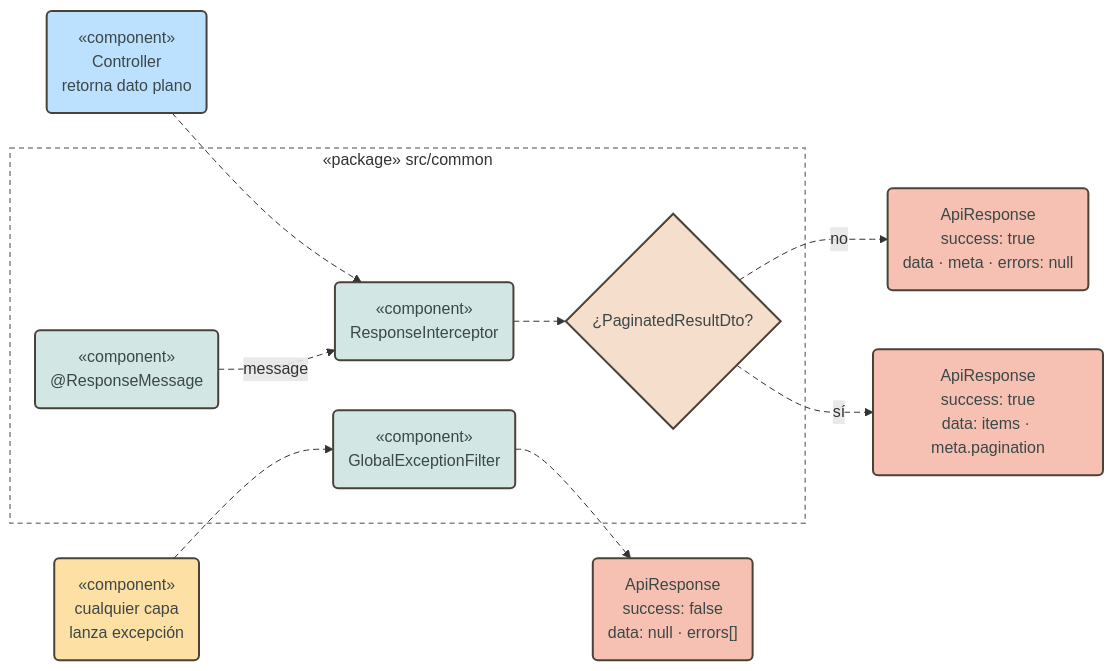
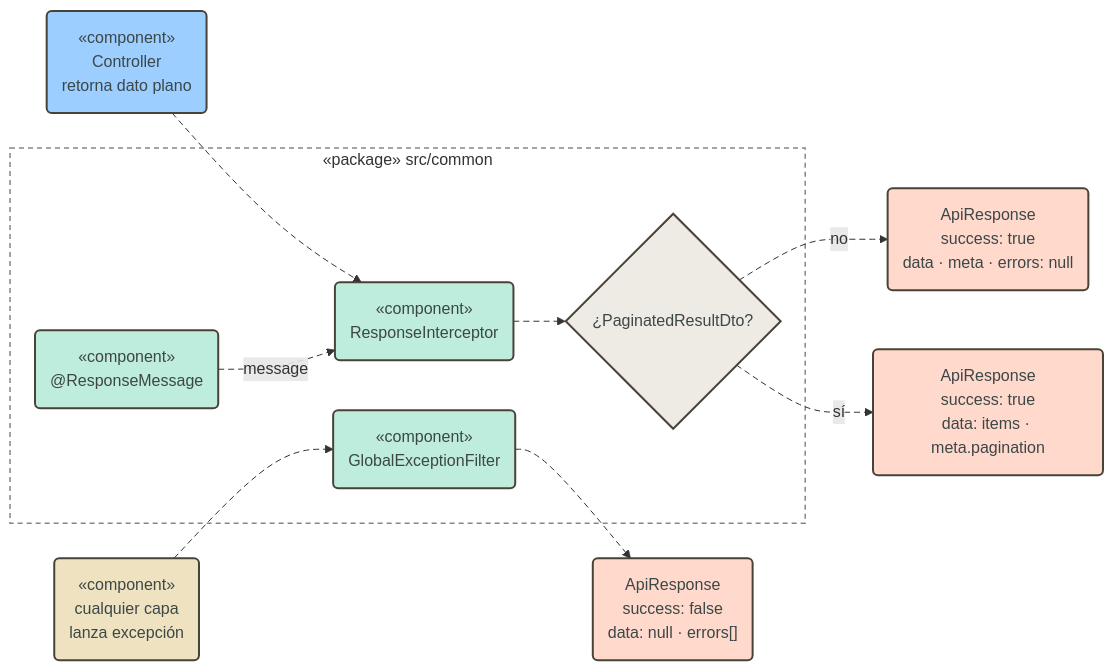
One commit to pcarroza91/nest-template changed diagram 11 of 19 in docs/architecture.md. Above: the diagram before and after it, drawn with Mermaid. The commit also changed other lines of this file and 2 other files, not shown here.

First line of the commit message:
docs(architecture): colores por capa y componente en los diagramas Mermaid

````diff
--- a/docs/architecture.md
+++ b/docs/architecture.md
@@ -453,35 +483,35 @@
 ```mermaid
 flowchart LR
     CTRL("«component»<br/>Controller<br/>retorna dato plano")
     THROW("«component»<br/>cualquier capa<br/>lanza excepción")
     subgraph COMMON["«package» src/common"]
         INT("«component»<br/>ResponseInterceptor")
         PAGQ{"¿PaginatedResultDto?"}
         FIL("«component»<br/>GlobalExceptionFilter")
         MSG("«component»<br/>@ResponseMessage")
     end
     OK("ApiResponse<br/>success: true<br/>data · meta · errors: null")
     OKP("ApiResponse<br/>success: true<br/>data: items · meta.pagination")
     ERR("ApiResponse<br/>success: false<br/>data: null · errors[]")
 
     CTRL --> INT
     MSG -. "message" .-> INT
     INT --> PAGQ
     PAGQ -- "no" --> OK
     PAGQ -- "sí" --> OKP
     THROW --> FIL --> ERR
 
-    classDef entry fill:#bce1ff,stroke:#494238,stroke-width:2px,color:#3c4747
-    classDef domain fill:#fde0a3,stroke:#494238,stroke-width:2px,color:#3c4747
-    classDef shared fill:#d2e7e4,stroke:#494238,stroke-width:2px,color:#3c4747
-    classDef ext fill:#f6c1b2,stroke:#494238,stroke-width:2px,color:#3c4747
+    classDef modules fill:#efe2c0,stroke:#494238,stroke-width:2px,color:#3c4747
+    classDef common fill:#beecdd,stroke:#494238,stroke-width:2px,color:#3c4747
+    classDef external fill:#ffd9cb,stroke:#494238,stroke-width:2px,color:#3c4747
+    classDef controller fill:#9cceff,stroke:#494238,stroke-width:2px,color:#3c4747
+    classDef decision fill:#eeeae4,stroke:#494238,stroke-width:2px,color:#3c4747
     classDef pkg fill:transparent,stroke:#8a857d,stroke-width:1.5px,stroke-dasharray:5 4
-    class CTRL entry
-    class THROW domain
-    class INT,FIL,MSG shared
-    class OK,OKP,ERR ext
+    class THROW modules
+    class INT,FIL,MSG common
+    class OK,OKP,ERR external
+    class CTRL controller
+    class PAGQ decision
     class COMMON pkg
-    classDef decision fill:#f6decc,stroke:#494238,stroke-width:2px,color:#3c4747
-    class PAGQ decision
     linkStyle default stroke-dasharray:6 4
 ```
````
